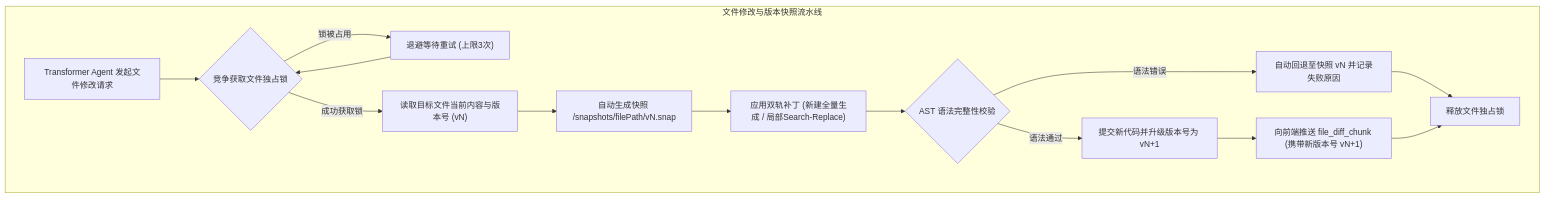
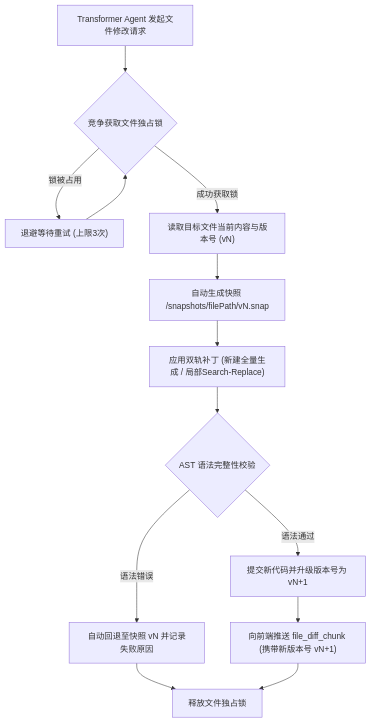
The third of 6 diagrams in docs/zh/architecture.md (SakuraCianna/LegacyCodeModernizer), drawn with Mermaid before and after one commit. The commit also changed other lines of this file and 7 other files, not shown here.

Commit message:
docs: 扁平化重构全量 Mermaid 图表，修复 Typora 嵌套报错与高清晰度垂直排版

````diff
--- a/docs/zh/architecture.md
+++ b/docs/zh/architecture.md
@@ -205,17 +163,15 @@
 ```mermaid
 flowchart TD
-    subgraph FileMutationFlow ["文件修改与版本快照流水线"]
-        Req["Transformer Agent 发起文件修改请求"] --> AcquireLock{"竞争获取文件独占锁"}
-        AcquireLock -->|锁被占用| Wait["退避等待重试 (上限3次)"]
-        Wait --> AcquireLock
-        AcquireLock -->|成功获取锁| ReadCurr["读取目标文件当前内容与版本号 (vN)"]
-        ReadCurr --> Snapshot["自动生成快照 /snapshots/filePath/vN.snap"]
-        Snapshot --> Apply["应用双轨补丁 (新建全量生成 / 局部Search-Replace)"]
-        Apply --> ValidateAST{"AST 语法完整性校验"}
-        ValidateAST -->|语法错误| Rollback["自动回退至快照 vN 并记录失败原因"]
-        Rollback --> ReleaseLock["释放文件独占锁"]
-        ValidateAST -->|语法通过| BumpVer["提交新代码并升级版本号为 vN+1"]
-        BumpVer --> EmitSSE["向前端推送 file_diff_chunk (携带新版本号 vN+1)"]
-        EmitSSE --> ReleaseLock
-    end
+    Req["Transformer Agent 发起文件修改请求"] --> AcquireLock{"竞争获取文件独占锁"}
+    AcquireLock -->|锁被占用| Wait["退避等待重试 (上限3次)"]
+    Wait --> AcquireLock
+    AcquireLock -->|成功获取锁| ReadCurr["读取目标文件当前内容与版本号 (vN)"]
+    ReadCurr --> Snapshot["自动生成快照 /snapshots/filePath/vN.snap"]
+    Snapshot --> Apply["应用双轨补丁 (新建全量生成 / 局部Search-Replace)"]
+    Apply --> ValidateAST{"AST 语法完整性校验"}
+    ValidateAST -->|语法错误| Rollback["自动回退至快照 vN 并记录失败原因"]
+    Rollback --> ReleaseLock["释放文件独占锁"]
+    ValidateAST -->|语法通过| BumpVer["提交新代码并升级版本号为 vN+1"]
+    BumpVer --> EmitSSE["向前端推送 file_diff_chunk (携带新版本号 vN+1)"]
+    EmitSSE --> ReleaseLock
 ```
````
